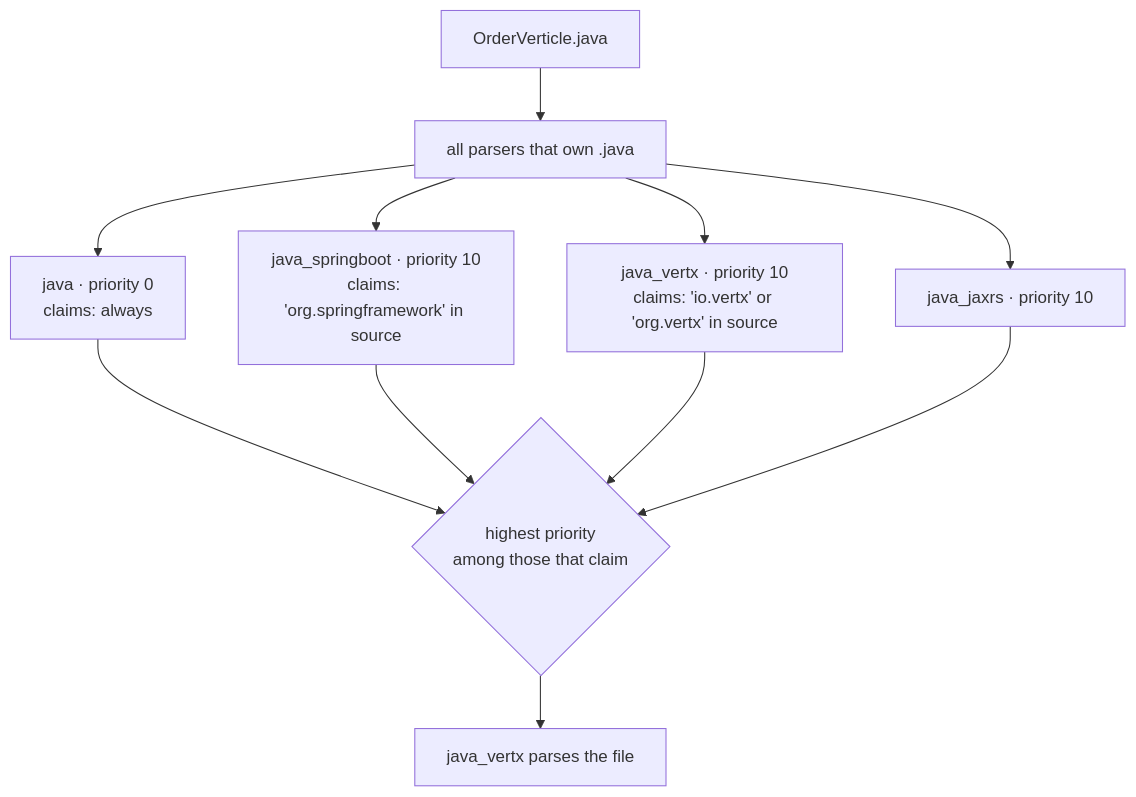
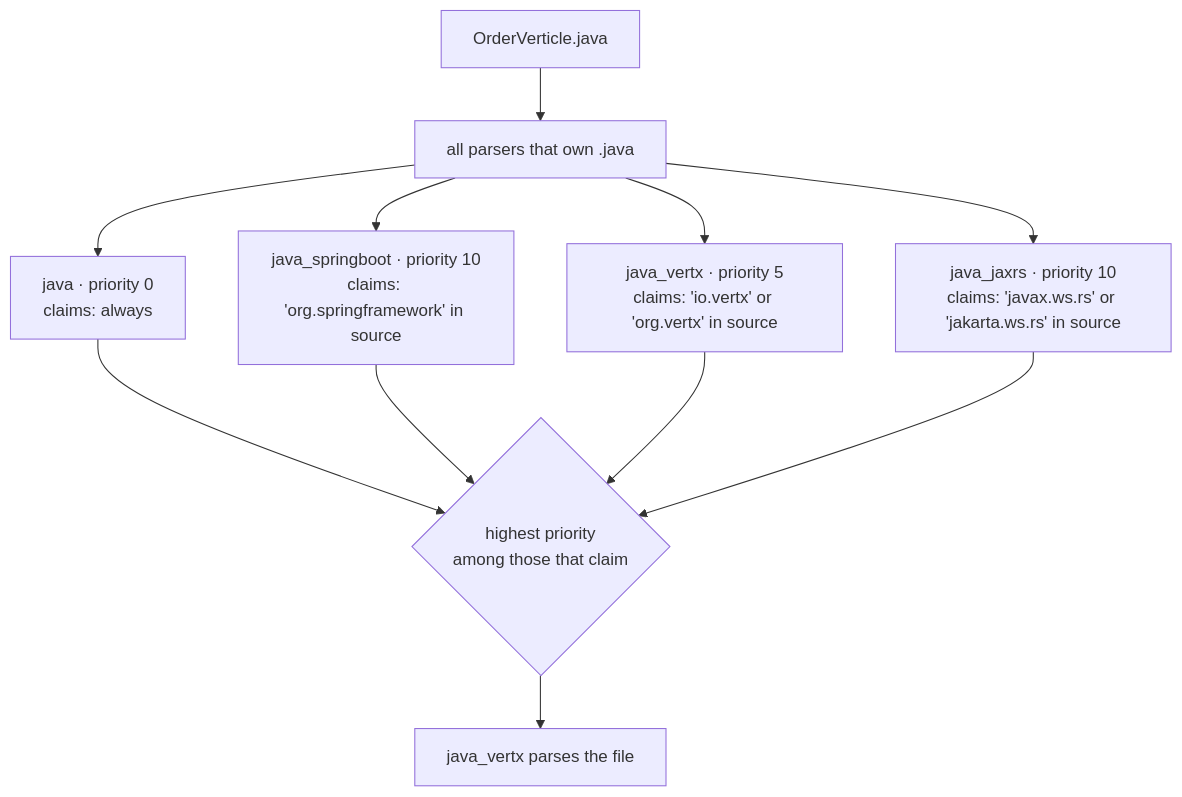
One commit to accionlabs/breezeai-cog changed the fourth of 9 diagrams in docs/architecture.md. Above: the diagram before and after it, drawn with Mermaid. The commit also changed other lines of this file and 2 other files, not shown here.

First line of the commit message:
docs(architecture): Vert.x is a priority-5 parser plus an additive detector; new Java and Kotlin index facts

````diff
--- a/docs/architecture.md
+++ b/docs/architecture.md
@@ -293,10 +293,10 @@
 ```mermaid
 flowchart TD
   F[OrderVerticle.java] --> C[all parsers that own .java]
   C --> J["java · priority 0<br/>claims: always"]
   C --> S["java_springboot · priority 10<br/>claims: 'org.springframework' in source"]
-  C --> V["java_vertx · priority 10<br/>claims: 'io.vertx' or 'org.vertx' in source"]
-  C --> X["java_jaxrs · priority 10"]
+  C --> V["java_vertx · priority 5<br/>claims: 'io.vertx' or 'org.vertx' in source"]
+  C --> X["java_jaxrs · priority 10<br/>claims: 'javax.ws.rs' or 'jakarta.ws.rs' in source"]
   J & S & V & X --> W{highest priority<br/>among those that claim}
   W --> R[java_vertx parses the file]
 ```
````
